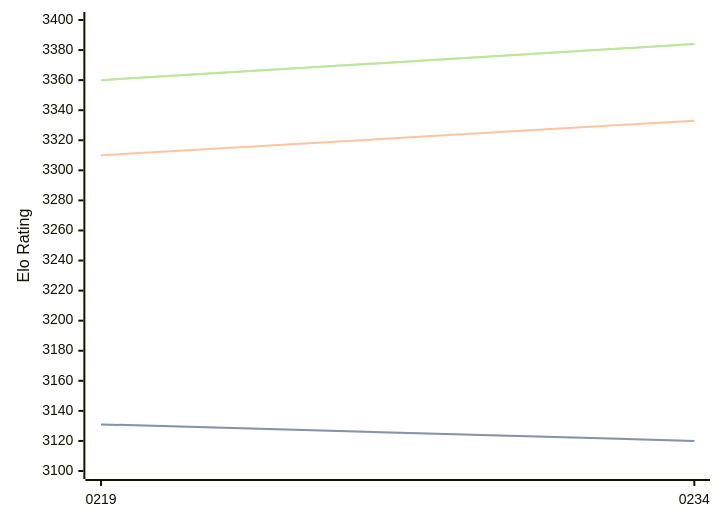
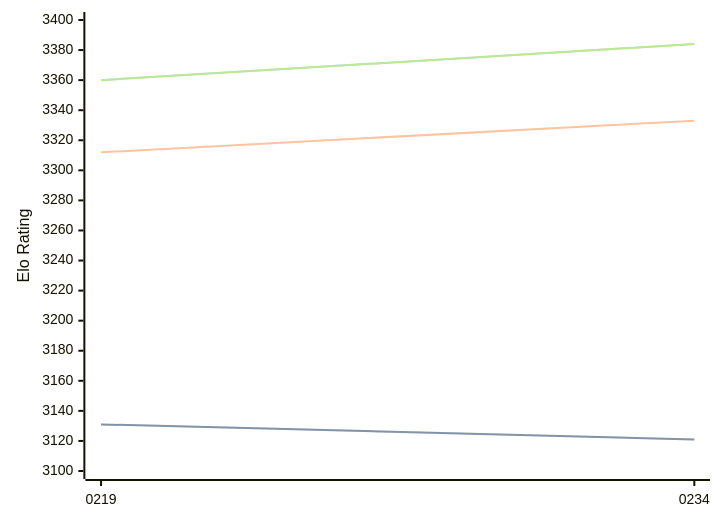
Before and after one commit to computer-chess-index/cci: the diagram in engines/Ynode.md, drawn with Mermaid. The commit also changed other lines of this file, not shown here.

````diff
--- a/engines/Ynode.md
+++ b/engines/Ynode.md
@@ -32,11 +32,11 @@
 ```mermaid
 %%{init: {"theme":"base","themeVariables":{"seriesColors:['#a3a3a3','#222221','#faa371']}}}%%
 xychart-beta
   x-axis ["0219", "0234"]
   y-axis "Elo Rating" 3100 --> 3400
-  line "STC (8.0+0.08s)" [3131, 3120]
-  line "STC (8.0+0.08s)" [3131, 3120]
-  line "LTC (60.0+0.60s)" [3310, 3333]
+  line "STC (8.0+0.08s)" [3131, 3121]
+  line "STC (8.0+0.08s)" [3131, 3121]
+  line "LTC (60.0+0.60s)" [3312, 3333]
   line "VLTC (2m24s+1.12s)" [3360, 3384]
   line "VLTC (2m24s+1.12s)" [3360, 3384]
 ```
````
